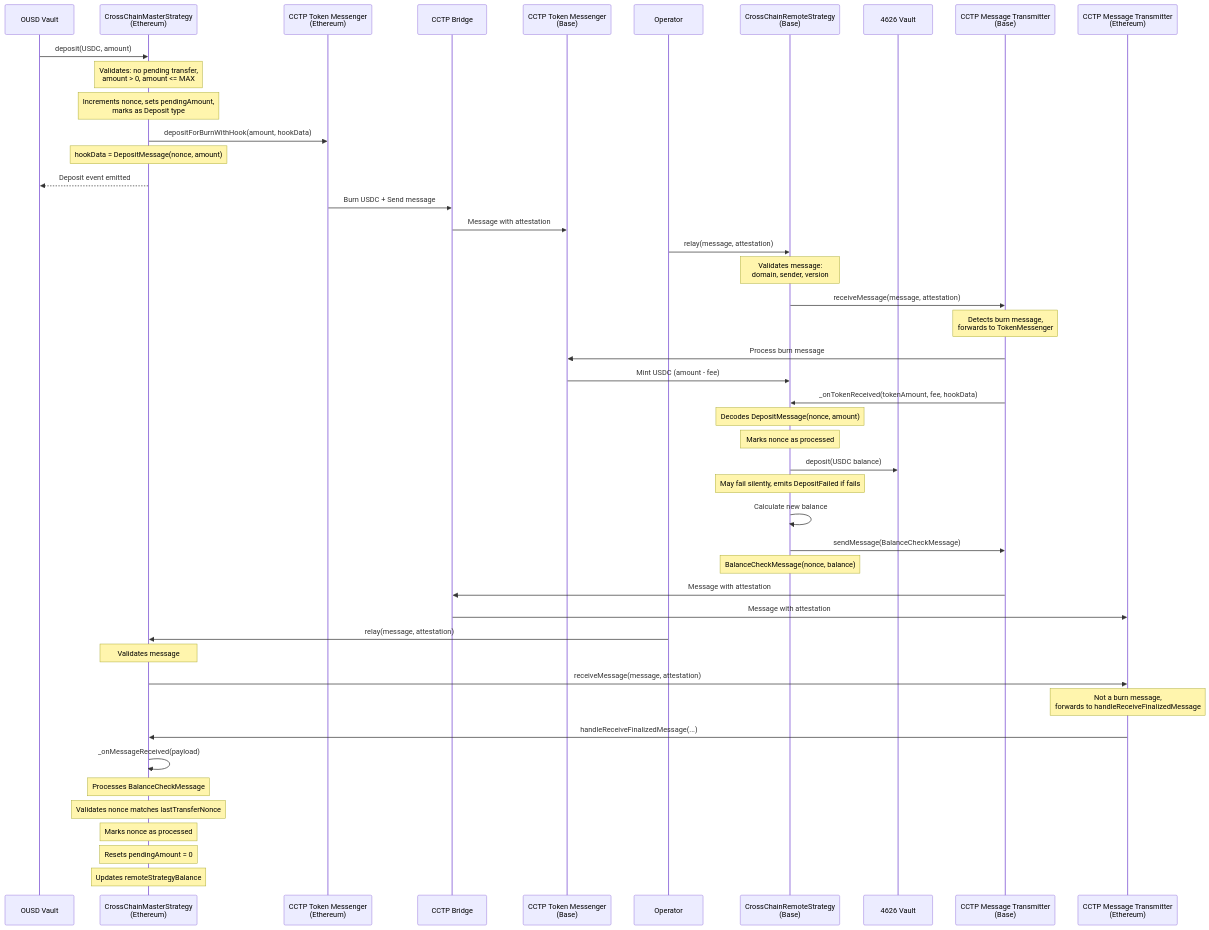
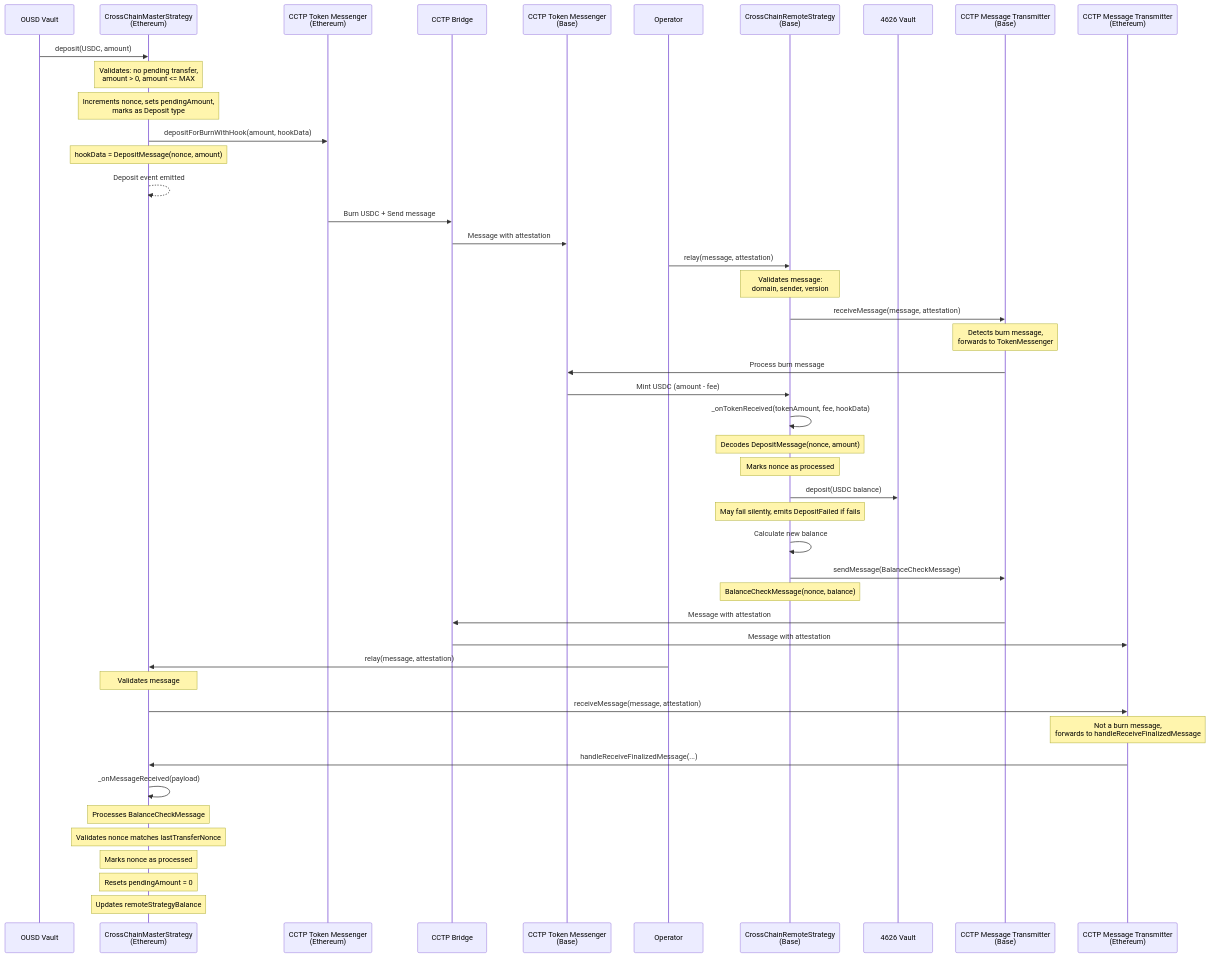
The third of 5 diagrams in contracts/contracts/strategies/crosschain/crosschain-strategy.md (OriginProtocol/origin-dollar), drawn with Mermaid before and after one commit. The commit also changed other lines of this file, not shown here.

Commit message:
adjust the charts

````diff
--- a/contracts/contracts/strategies/crosschain/crosschain-strategy.md
+++ b/contracts/contracts/strategies/crosschain/crosschain-strategy.md
@@ -386,53 +386,53 @@
 ```mermaid
 sequenceDiagram
     participant Vault as OUSD Vault
     participant Master as CrossChainMasterStrategy<br/>(Ethereum)
     participant CCTP1 as CCTP Token Messenger<br/>(Ethereum)
     participant Bridge as CCTP Bridge
     participant CCTP2 as CCTP Token Messenger<br/>(Base)
     participant Operator as Operator
     participant Remote as CrossChainRemoteStrategy<br/>(Base)
     participant Vault4626 as 4626 Vault
     participant CCTPMsg1 as CCTP Message Transmitter<br/>(Base)
     participant CCTPMsg2 as CCTP Message Transmitter<br/>(Ethereum)
 
     Vault->>Master: deposit(USDC, amount)
     Note over Master: Validates: no pending transfer,<br/>amount > 0, amount <= MAX
     Note over Master: Increments nonce, sets pendingAmount,<br/>marks as Deposit type
     Master->>CCTP1: depositForBurnWithHook(amount, hookData)
     Note over Master: hookData = DepositMessage(nonce, amount)
-    Master-->>Vault: Deposit event emitted
+    Master-->>Master: Deposit event emitted
     
     CCTP1->>Bridge: Burn USDC + Send message
     Bridge->>CCTP2: Message with attestation
     
     Operator->>Remote: relay(message, attestation)
     Note over Remote: Validates message:<br/>domain, sender, version
     Remote->>CCTPMsg1: receiveMessage(message, attestation)
     Note over CCTPMsg1: Detects burn message,<br/>forwards to TokenMessenger
     CCTPMsg1->>CCTP2: Process burn message
     CCTP2->>Remote: Mint USDC (amount - fee)
-    CCTPMsg1->>Remote: _onTokenReceived(tokenAmount, fee, hookData)
+    Remote->>Remote: _onTokenReceived(tokenAmount, fee, hookData)
     Note over Remote: Decodes DepositMessage(nonce, amount)
     Note over Remote: Marks nonce as processed
     Remote->>Vault4626: deposit(USDC balance)
     Note over Remote: May fail silently, emits DepositFailed if fails
     Remote->>Remote: Calculate new balance
     Remote->>CCTPMsg1: sendMessage(BalanceCheckMessage)
     Note over Remote: BalanceCheckMessage(nonce, balance)
     
     CCTPMsg1->>Bridge: Message with attestation
     Bridge->>CCTPMsg2: Message with attestation
     
     Operator->>Master: relay(message, attestation)
     Note over Master: Validates message
     Master->>CCTPMsg2: receiveMessage(message, attestation)
     Note over CCTPMsg2: Not a burn message,<br/>forwards to handleReceiveFinalizedMessage
     CCTPMsg2->>Master: handleReceiveFinalizedMessage(...)
     Master->>Master: _onMessageReceived(payload)
     Note over Master: Processes BalanceCheckMessage
     Note over Master: Validates nonce matches lastTransferNonce
     Note over Master: Marks nonce as processed
     Note over Master: Resets pendingAmount = 0
     Note over Master: Updates remoteStrategyBalance
 ```
````
